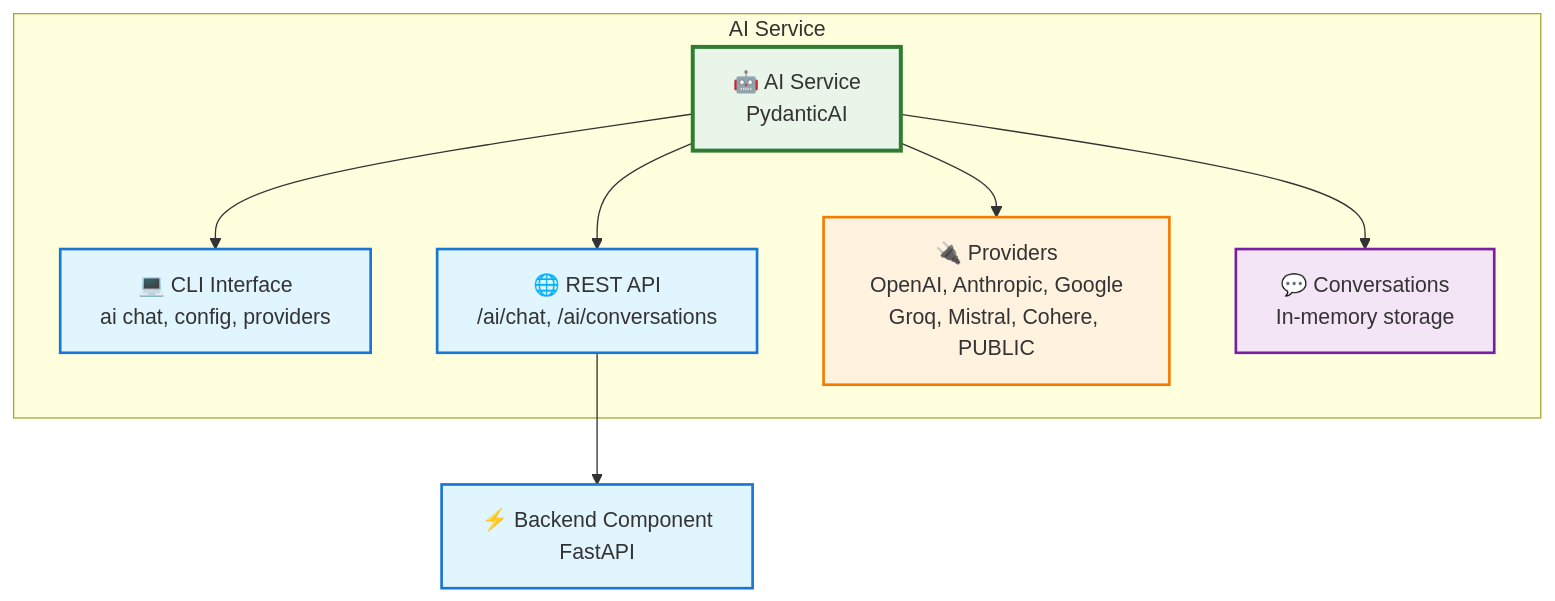
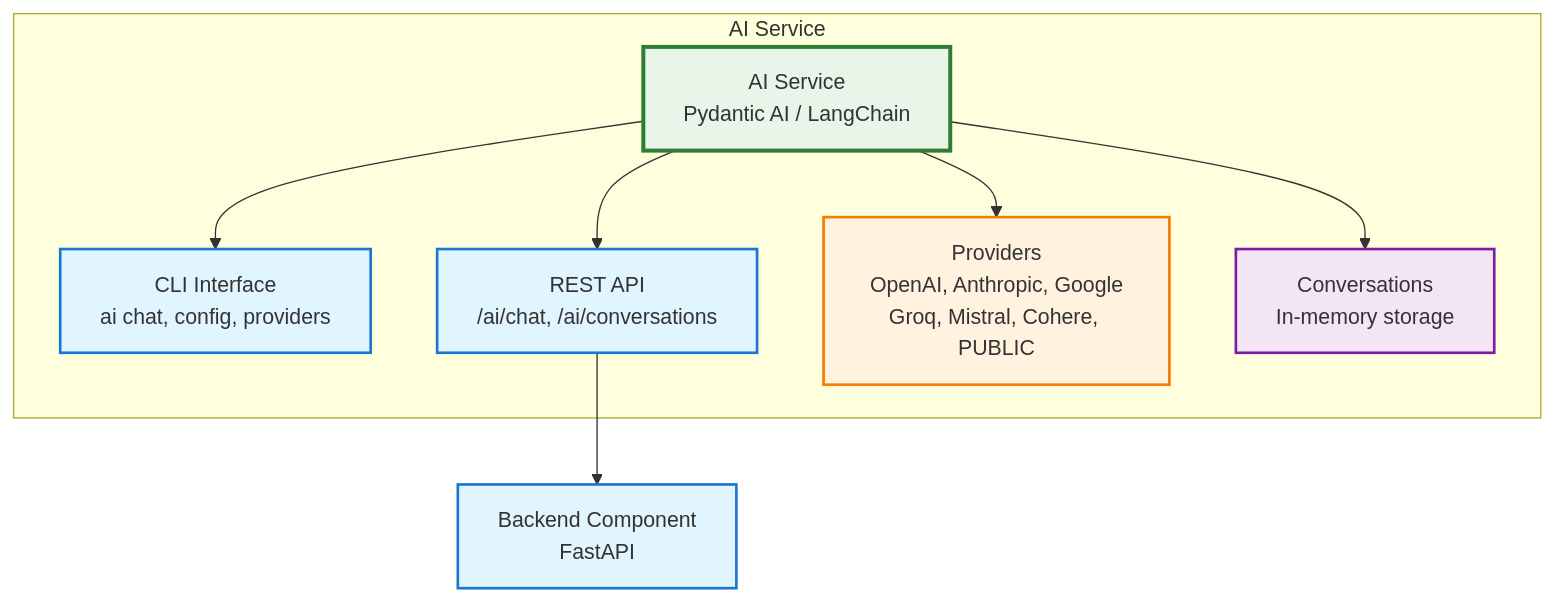
One commit to bhardwajRahul/aegis-stack changed the diagram in docs/services/ai/index.md. Above: the diagram before and after it, drawn with Mermaid. The commit also changed other lines of this file and 59 other files, not shown here.

````diff
--- a/docs/services/ai/index.md
+++ b/docs/services/ai/index.md
@@ -32,26 +32,26 @@
 ```mermaid
 graph TB
     subgraph "AI Service"
-        AIService[🤖 AI Service<br/>PydanticAI]
+        AIService[AI Service<br/>Pydantic AI / LangChain]
 
-        CLI[💻 CLI Interface<br/>ai chat, config, providers]
-        API[🌐 REST API<br/>/ai/chat, /ai/conversations]
-        Providers[🔌 Providers<br/>OpenAI, Anthropic, Google<br/>Groq, Mistral, Cohere, PUBLIC]
-        Conv[💬 Conversations<br/>In-memory storage]
+        CLI[CLI Interface<br/>ai chat, config, providers]
+        API[REST API<br/>/ai/chat, /ai/conversations]
+        Providers[Providers<br/>OpenAI, Anthropic, Google<br/>Groq, Mistral, Cohere, PUBLIC]
+        Conv[Conversations<br/>In-memory storage]
     end
 
-    Backend[⚡ Backend Component<br/>FastAPI]
+    Backend[Backend Component<br/>FastAPI]
 
     AIService --> CLI
     AIService --> API
     AIService --> Providers
     AIService --> Conv
     API --> Backend
 
     style AIService fill:#e8f5e8,stroke:#2e7d32,stroke-width:3px
     style CLI fill:#e1f5fe,stroke:#1976d2,stroke-width:2px
     style API fill:#e1f5fe,stroke:#1976d2,stroke-width:2px
     style Providers fill:#fff3e0,stroke:#f57c00,stroke-width:2px
     style Conv fill:#f3e5f5,stroke:#7b1fa2,stroke-width:2px
     style Backend fill:#e1f5fe,stroke:#1976d2,stroke-width:2px
 ```
````
